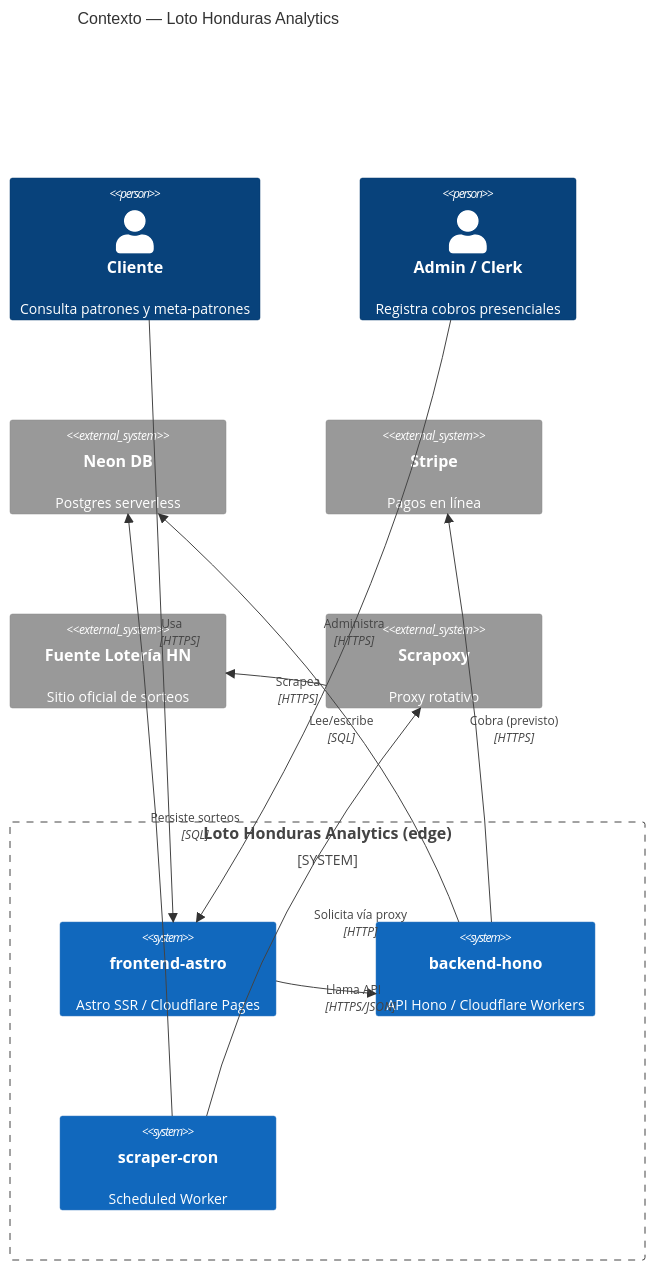
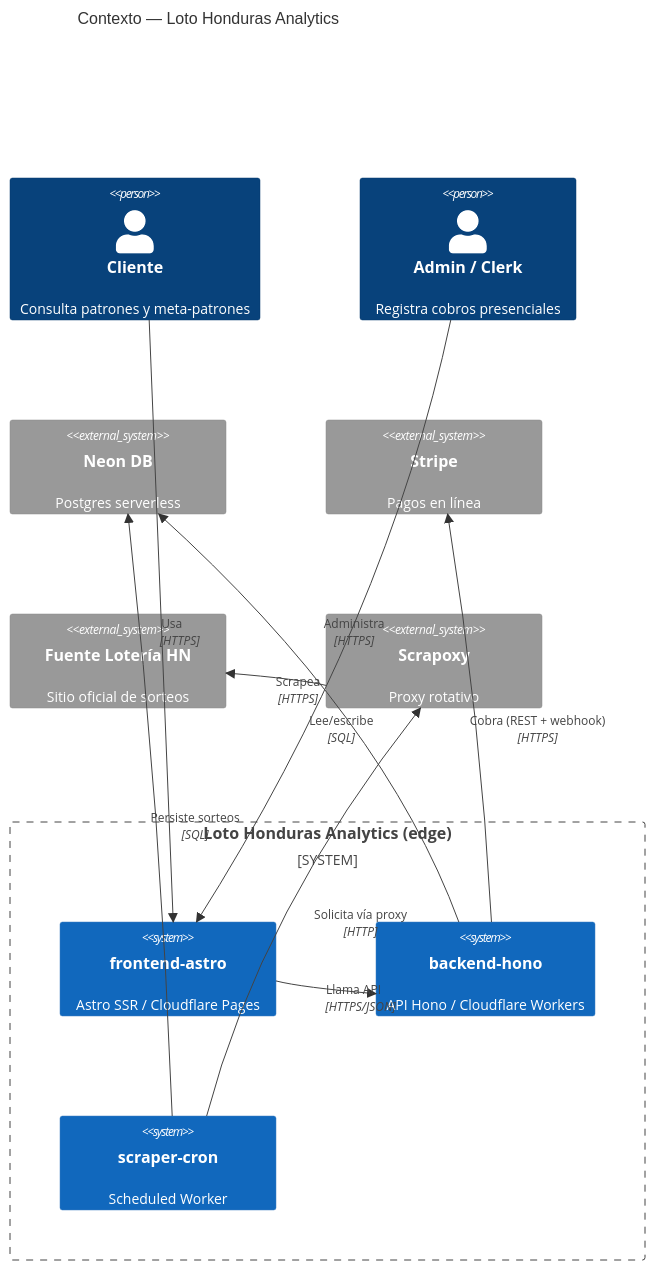
The diagram in docs/02_Arquitectura/C4_Contexto.md (ogescoto/loto-honduras-analytics), drawn with Mermaid before and after one commit. The commit also changed other lines of this file and 123 other files, not shown here.

````diff
--- a/docs/02_Arquitectura/C4_Contexto.md
+++ b/docs/02_Arquitectura/C4_Contexto.md
@@ -32,24 +32,24 @@
 ```mermaid
 C4Context
   title Contexto — Loto Honduras Analytics
   Person(cust, "Cliente", "Consulta patrones y meta-patrones")
   Person(admin, "Admin / Clerk", "Registra cobros presenciales")
   System_Boundary(sys, "Loto Honduras Analytics (edge)") {
     System(fe, "frontend-astro", "Astro SSR / Cloudflare Pages")
     System(be, "backend-hono", "API Hono / Cloudflare Workers")
     System(cron, "scraper-cron", "Scheduled Worker")
   }
   System_Ext(neon, "Neon DB", "Postgres serverless")
   System_Ext(stripe, "Stripe", "Pagos en línea")
   System_Ext(loto, "Fuente Lotería HN", "Sitio oficial de sorteos")
   System_Ext(proxy, "Scrapoxy", "Proxy rotativo")
 
   Rel(cust, fe, "Usa", "HTTPS")
   Rel(admin, fe, "Administra", "HTTPS")
   Rel(fe, be, "Llama API", "HTTPS/JSON")
   Rel(be, neon, "Lee/escribe", "SQL")
-  Rel(be, stripe, "Cobra (previsto)", "HTTPS")
+  Rel(be, stripe, "Cobra (REST + webhook)", "HTTPS")
   Rel(cron, proxy, "Solicita vía proxy", "HTTP")
   Rel(proxy, loto, "Scrapea", "HTTPS")
   Rel(cron, neon, "Persiste sorteos", "SQL")
 ```
````
